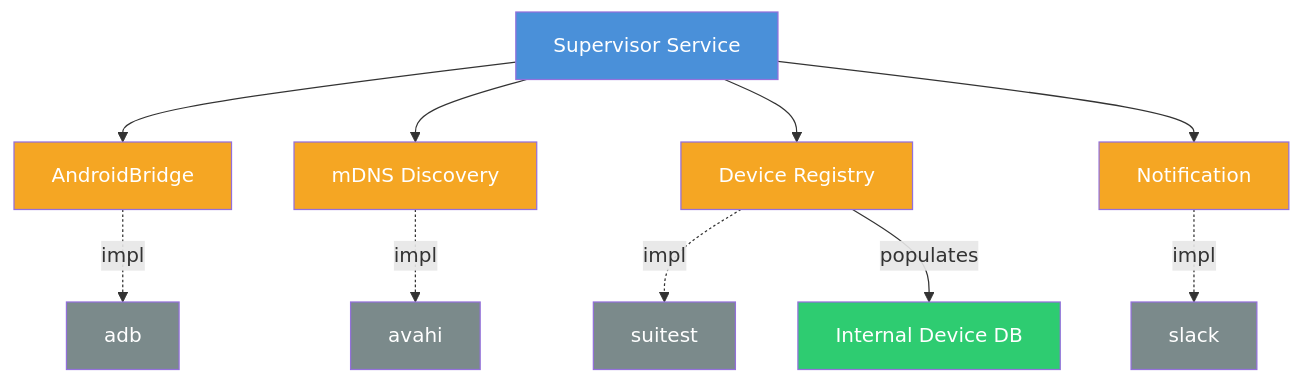
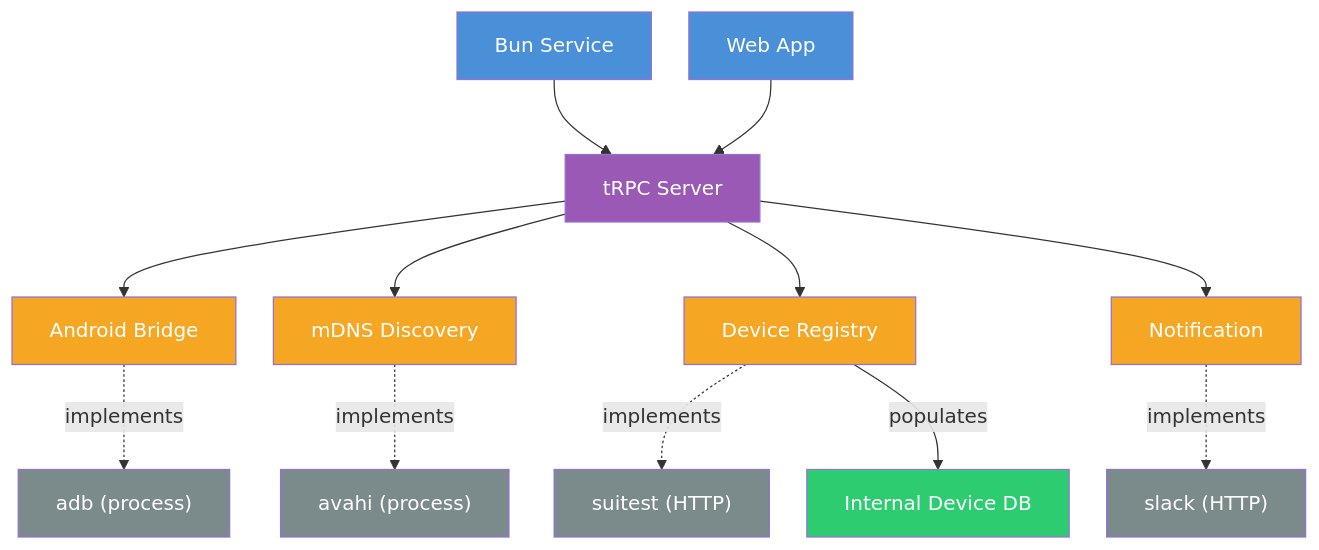
The diagram in apps/docs/docs/intro.mdx (vflorio/scheduler-fp), drawn with Mermaid before and after one commit. The commit also changed other lines of this file and 24 other files, not shown here.

````diff
--- a/apps/docs/docs/intro.mdx
+++ b/apps/docs/docs/intro.mdx
@@ -12,27 +8,39 @@
 ```mermaid
+---
+config:
+  flowchart:
+    nodeSpacing: 30
+    rankSpacing: 60
+---
 graph TD
-    Service["Supervisor Service"]
+    Service["Bun Service"]
+    WebApp["Web App"]
 
-    Service --> AB["AndroidBridge"]
-    Service --> MD["mDNS Discovery"]
-    Service --> DR["Device Registry"]
-    Service --> NT["Notification"]
+    Service --> TRPC["tRPC Server"]
+    WebApp --> TRPC
 
-    AB -. impl .-> adb["adb"]
-    MD -. impl .-> avahi["avahi"]
-    DR -. impl .-> suitest["suitest"]
-    NT -. impl .-> slack["slack"]
+    TRPC --> AB["Android Bridge"]
+    TRPC --> MD["mDNS Discovery"]
+    TRPC --> DR["Device Registry"]
+    TRPC --> NT["Notification"]
+
+    AB -. implements .-> adb["adb (process)"]
+    MD -. implements .-> avahi["avahi (process)"]
+    DR -. implements .-> suitest["suitest (HTTP)"]
+    NT -. implements .-> slack["slack (HTTP)"]
 
     DR -- populates --> DB["Internal Device DB"]
 
     style Service fill:#4a90d9,color:#fff
+    style WebApp fill:#4a90d9,color:#fff
+    style TRPC fill:#9b59b6,color:#fff
     style AB fill:#f5a623,color:#fff
     style MD fill:#f5a623,color:#fff
     style DR fill:#f5a623,color:#fff
     style NT fill:#f5a623,color:#fff
     style adb fill:#7b8a8b,color:#fff
     style avahi fill:#7b8a8b,color:#fff
     style suitest fill:#7b8a8b,color:#fff
     style slack fill:#7b8a8b,color:#fff
     style DB fill:#2ecc71,color:#fff
 ```
````
